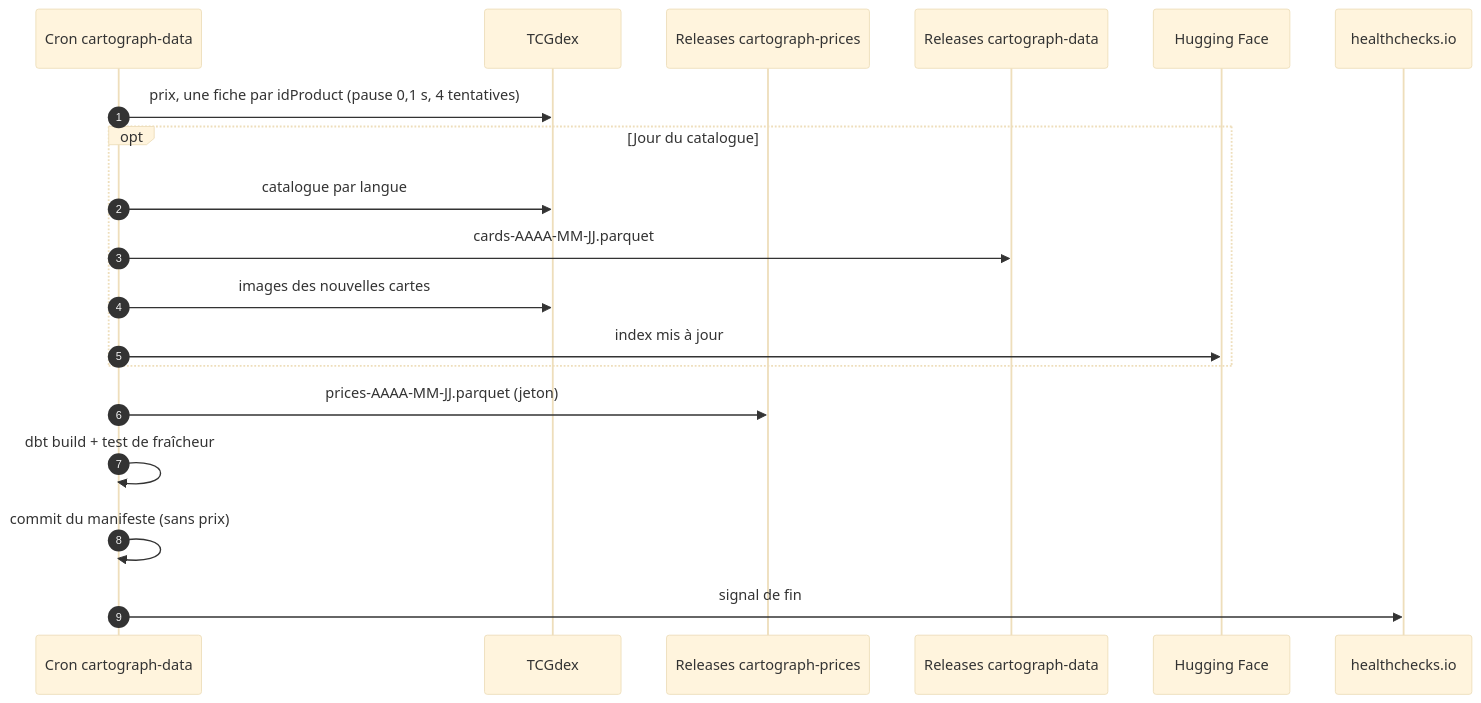
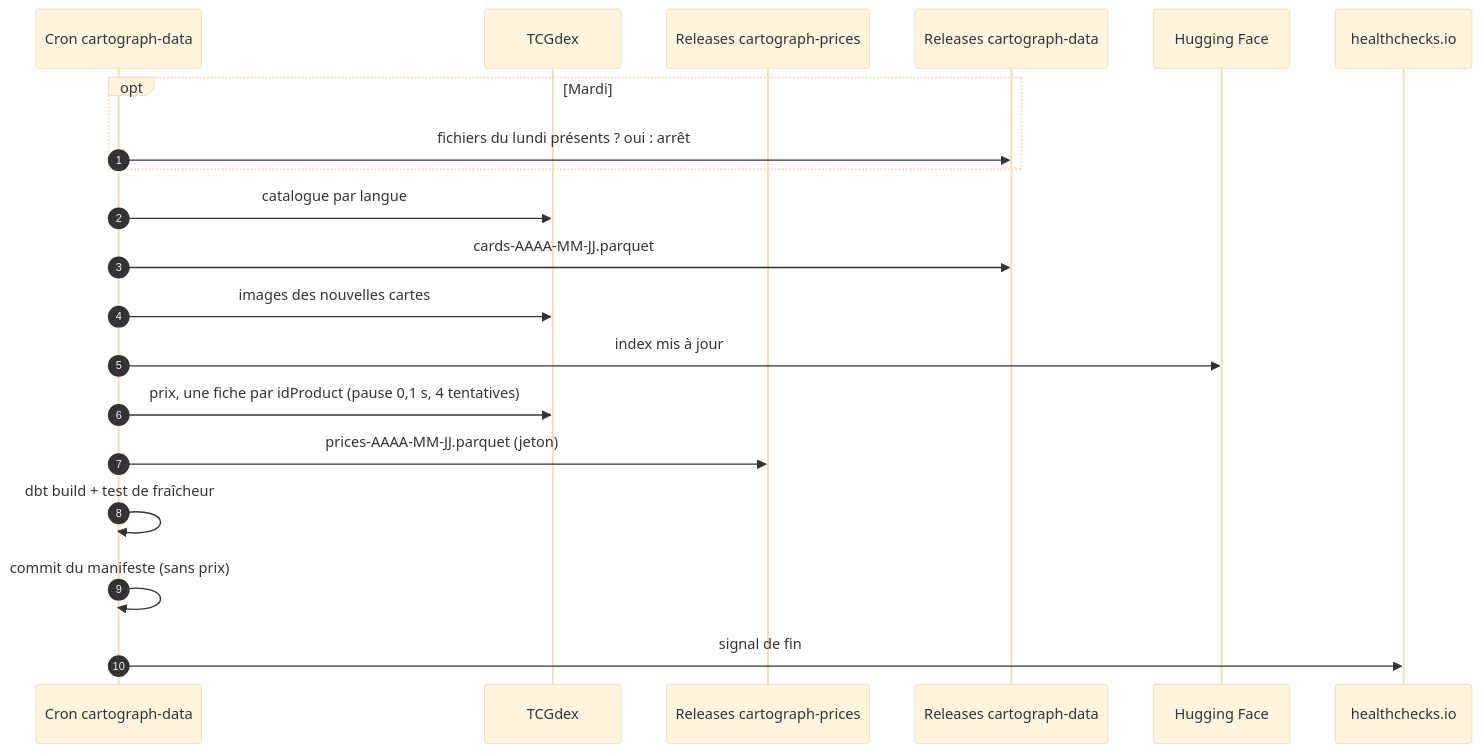
Before and after one commit to AntoanetaStoyanova/cartograph: the second of 2 diagrams in docs/specs/cadrage-flux.md, drawn with Mermaid (base theme). The commit also changed other lines of this file and 8 other files, not shown here.

````diff
--- a/docs/specs/cadrage-flux.md
+++ b/docs/specs/cadrage-flux.md
@@ -85,22 +85,23 @@
 ```mermaid
 sequenceDiagram
     autonumber
     participant Cron as Cron cartograph-data
     participant API as TCGdex
     participant Priv as Releases cartograph-prices
     participant Pub as Releases cartograph-data
     participant HF as Hugging Face
     participant HC as healthchecks.io
 
+    opt Mardi
+        Cron->>Pub: fichiers du lundi présents ? oui : arrêt
+    end
+    Cron->>API: catalogue par langue
+    Cron->>Pub: cards-AAAA-MM-JJ.parquet
+    Cron->>API: images des nouvelles cartes
+    Cron->>HF: index mis à jour
     Cron->>API: prix, une fiche par idProduct (pause 0,1 s, 4 tentatives)
-    opt Jour du catalogue
-        Cron->>API: catalogue par langue
-        Cron->>Pub: cards-AAAA-MM-JJ.parquet
-        Cron->>API: images des nouvelles cartes
-        Cron->>HF: index mis à jour
-    end
     Cron->>Priv: prices-AAAA-MM-JJ.parquet (jeton)
     Cron->>Cron: dbt build + test de fraîcheur
     Cron->>Cron: commit du manifeste (sans prix)
     Cron->>HC: signal de fin
 ```
````
